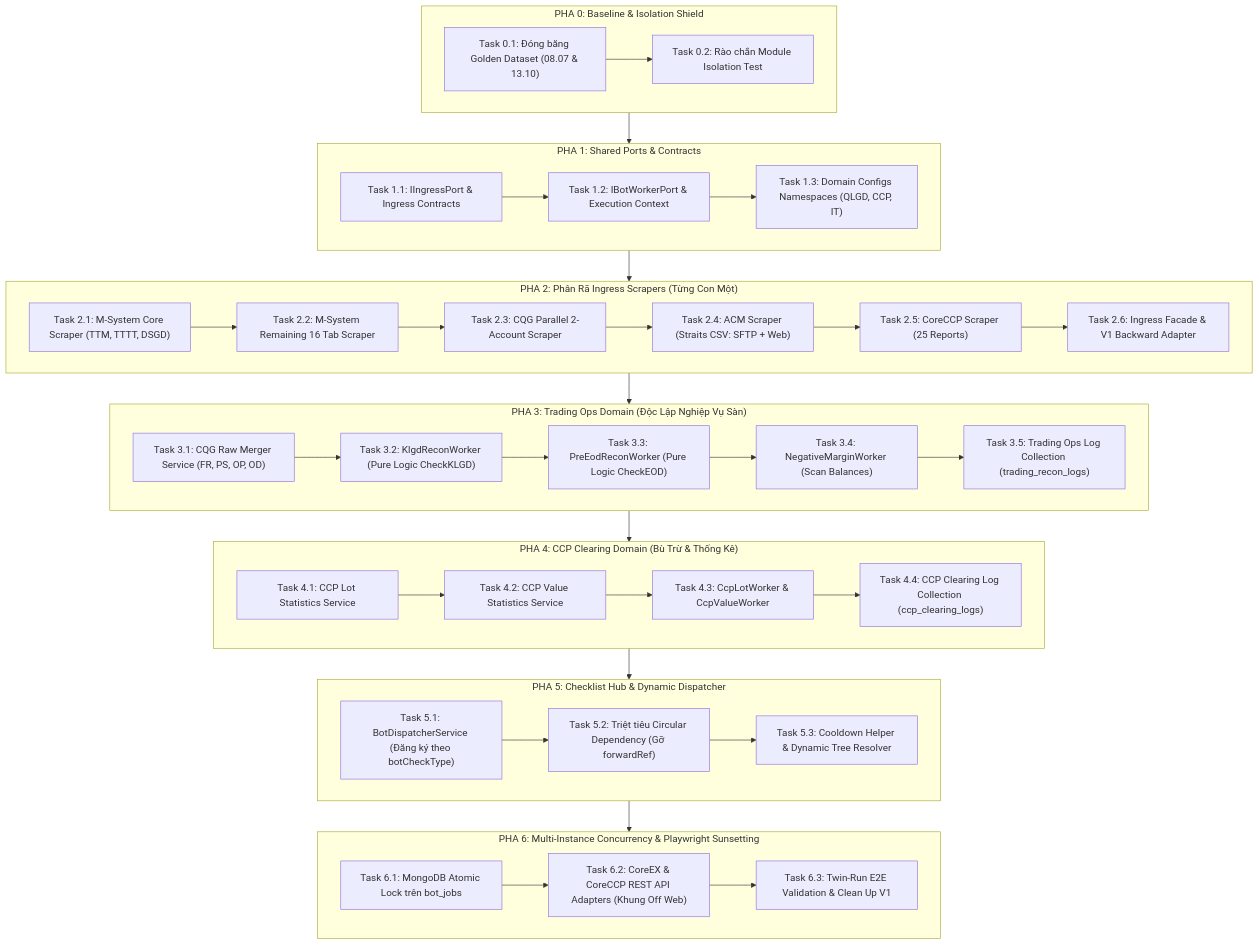
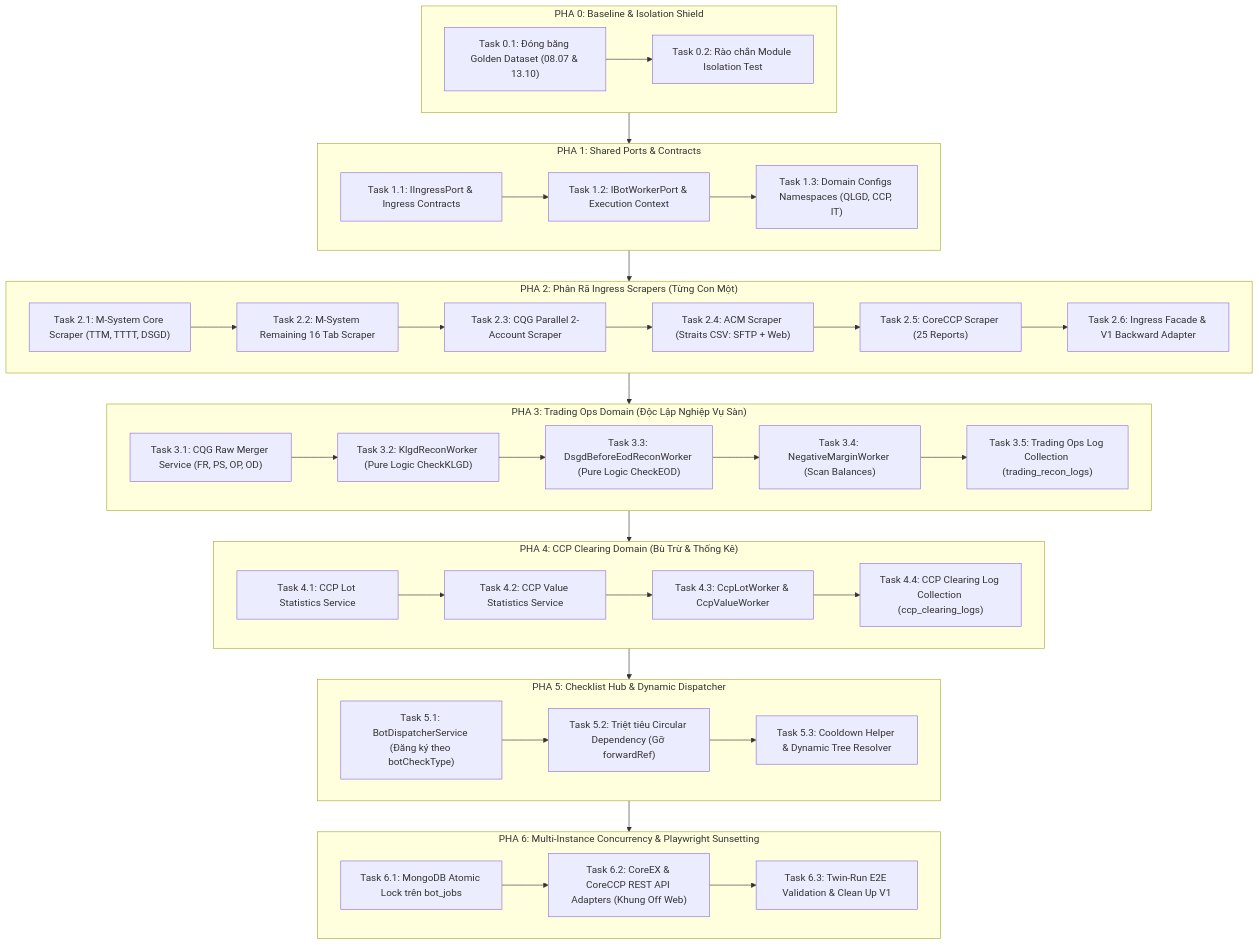
The diagram in KE_HOACH_TONG_CHUYEN_DOI_MODULAR_MONOLITH_ATOMIC_TASKS.md (broly1009a/mxv-shift-checklist), drawn with Mermaid before and after one commit. The commit also changed other lines of this file and 165 other files, not shown here.

````diff
--- a/KE_HOACH_TONG_CHUYEN_DOI_MODULAR_MONOLITH_ATOMIC_TASKS.md
+++ b/KE_HOACH_TONG_CHUYEN_DOI_MODULAR_MONOLITH_ATOMIC_TASKS.md
@@ -29,44 +30,44 @@
 ```mermaid
 flowchart TD
     subgraph P0["PHA 0: Baseline & Isolation Shield"]
         T01["Task 0.1: Đóng băng Golden Dataset (08.07 & 13.10)"] --> T02["Task 0.2: Rào chắn Module Isolation Test"]
     end
 
     subgraph P1["PHA 1: Shared Ports & Contracts"]
         T11["Task 1.1: IIngressPort & Ingress Contracts"] --> T12["Task 1.2: IBotWorkerPort & Execution Context"]
         T12 --> T13["Task 1.3: Domain Configs Namespaces (QLGD, CCP, IT)"]
     end
 
     subgraph P2["PHA 2: Phân Rã Ingress Scrapers (Từng Con Một)"]
         T21["Task 2.1: M-System Core Scraper (TTM, TTTT, DSGD)"] --> T22["Task 2.2: M-System Remaining 16 Tab Scraper"]
         T22 --> T23["Task 2.3: CQG Parallel 2-Account Scraper"]
         T23 --> T24["Task 2.4: ACM Scraper (Straits CSV: SFTP + Web)"]
         T24 --> T25["Task 2.5: CoreCCP Scraper (25 Reports)"]
         T25 --> T26["Task 2.6: Ingress Facade & V1 Backward Adapter"]
     end
 
     subgraph P3["PHA 3: Trading Ops Domain (Độc Lập Nghiệp Vụ Sàn)"]
         T31["Task 3.1: CQG Raw Merger Service (FR, PS, OP, OD)"] --> T32["Task 3.2: KlgdReconWorker (Pure Logic CheckKLGD)"]
-        T32 --> T33["Task 3.3: PreEodReconWorker (Pure Logic CheckEOD)"]
+        T32 --> T33["Task 3.3: DsgdBeforeEodReconWorker (Pure Logic CheckEOD)"]
         T33 --> T34["Task 3.4: NegativeMarginWorker (Scan Balances)"]
         T34 --> T35["Task 3.5: Trading Ops Log Collection (trading_recon_logs)"]
     end
 
     subgraph P4["PHA 4: CCP Clearing Domain (Bù Trừ & Thống Kê)"]
         T41["Task 4.1: CCP Lot Statistics Service"] --> T42["Task 4.2: CCP Value Statistics Service"]
         T42 --> T43["Task 4.3: CcpLotWorker & CcpValueWorker"]
         T43 --> T44["Task 4.4: CCP Clearing Log Collection (ccp_clearing_logs)"]
     end
 
     subgraph P5["PHA 5: Checklist Hub & Dynamic Dispatcher"]
         T51["Task 5.1: BotDispatcherService (Đăng ký theo botCheckType)"] --> T52["Task 5.2: Triệt tiêu Circular Dependency (Gỡ forwardRef)"]
         T52 --> T53["Task 5.3: Cooldown Helper & Dynamic Tree Resolver"]
     end
 
     subgraph P6["PHA 6: Multi-Instance Concurrency & Playwright Sunsetting"]
         T61["Task 6.1: MongoDB Atomic Lock trên bot_jobs"] --> T62["Task 6.2: CoreEX & CoreCCP REST API Adapters (Khung Off Web)"]
         T62 --> T63["Task 6.3: Twin-Run E2E Validation & Clean Up V1"]
     end
 
     P0 --> P1 --> P2 --> P3 --> P4 --> P5 --> P6
 ```
````
